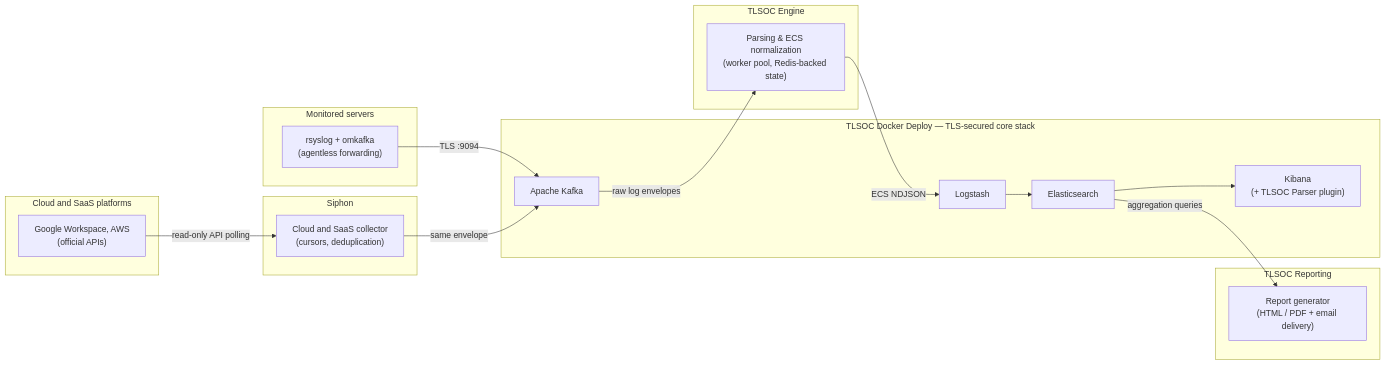
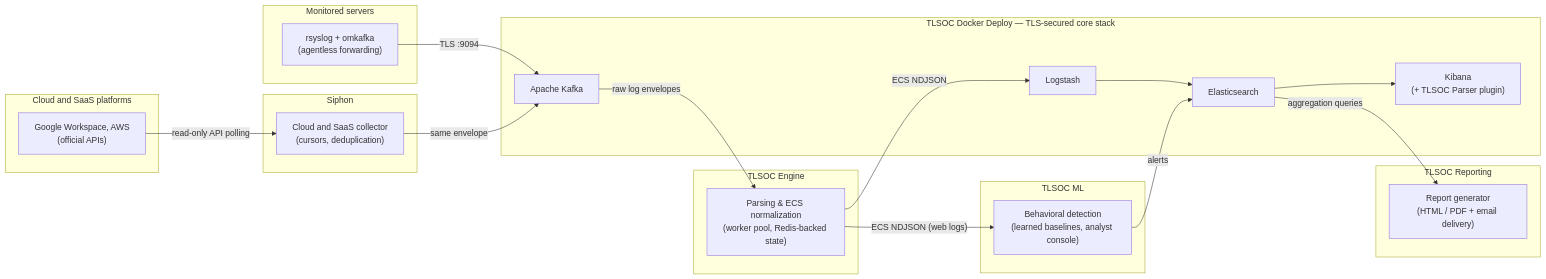
One commit to trustlab-org/TLSOC changed the diagram in README.md. Above: the diagram before and after it, drawn with Mermaid. The commit also changed other lines of this file and 2 other files, not shown here.

````diff
--- a/README.md
+++ b/README.md
@@ -144,38 +144,44 @@
 ```mermaid
 flowchart LR
     subgraph sources["Monitored servers"]
         RS["rsyslog + omkafka<br/>(agentless forwarding)"]
     end
 
     subgraph cloud["Cloud and SaaS platforms"]
         API["Google Workspace, AWS<br/>(official APIs)"]
     end
 
     subgraph siphon["Siphon"]
         SIP["Cloud and SaaS collector<br/>(cursors, deduplication)"]
     end
 
     subgraph deploy["TLSOC Docker Deploy — TLS-secured core stack"]
         K["Apache Kafka"]
         LS["Logstash"]
         ES["Elasticsearch"]
         KB["Kibana<br/>(+ TLSOC Parser plugin)"]
     end
 
     subgraph engine["TLSOC Engine"]
         ENG["Parsing & ECS normalization<br/>(worker pool, Redis-backed state)"]
     end
 
     subgraph reporting["TLSOC Reporting"]
         REP["Report generator<br/>(HTML / PDF + email delivery)"]
     end
 
+    subgraph ml["TLSOC ML"]
+        MLD["Behavioral detection<br/>(learned baselines, analyst console)"]
+    end
+
     RS -- "TLS :9094" --> K
     API -- "read-only API polling" --> SIP
     SIP -- "same envelope" --> K
     K -- "raw log envelopes" --> ENG
     ENG -- "ECS NDJSON" --> LS
     LS --> ES
     ES --> KB
     ES -- "aggregation queries" --> REP
+    ENG -- "ECS NDJSON (web logs)" --> MLD
+    MLD -- "alerts" --> ES
 ```
````
